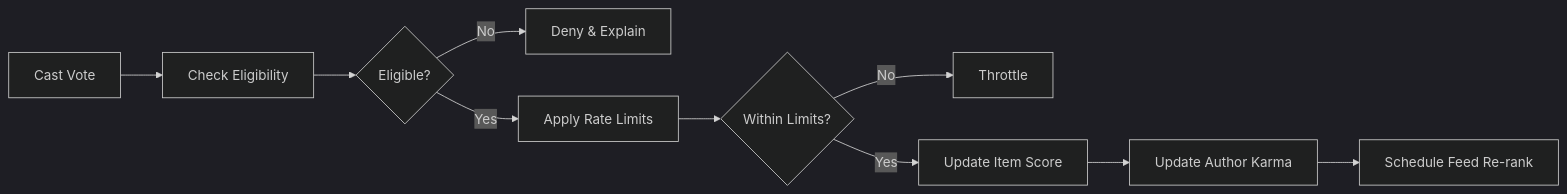
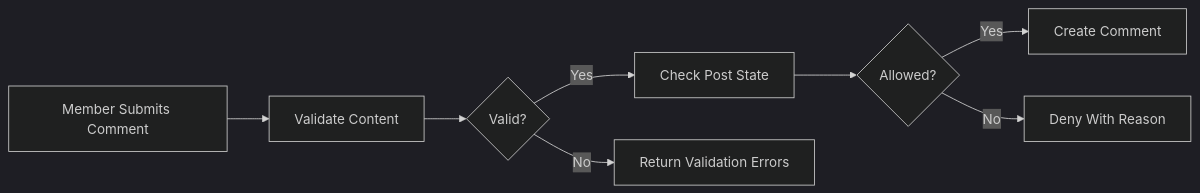
The fourth of 7 diagrams in openai/gpt-5/reddit/docs/analysis/02-communityPlatform-business-model.md (wrtnlabs/autobe-examples), drawn with Mermaid (dark theme) before and after one commit. The commit also changed other lines of this file and 16146 other files, not shown here.

````diff
--- a/openai/gpt-5/reddit/docs/analysis/02-communityPlatform-business-model.md
+++ b/openai/gpt-5/reddit/docs/analysis/02-communityPlatform-business-model.md
@@ -188,12 +116,10 @@
 ```mermaid
 graph LR
-  A["Cast Vote"] --> B["Check Eligibility"]
-  B --> C{"Eligible?"}
-  C -->|"No"| X["Deny & Explain"]
-  C -->|"Yes"| D["Apply Rate Limits"]
-  D --> E{"Within Limits?"}
-  E -->|"No"| Y["Throttle"]
-  E -->|"Yes"| F["Update Item Score"]
-  F --> G["Update Author Karma"]
-  G --> H["Schedule Feed Re-rank"]
+  A["Member Submits Comment"] --> B["Validate Content"]
+  B --> C{"Valid?"}
+  C -->|"Yes"| D["Check Post State"]
+  D --> E{"Allowed?"}
+  E -->|"Yes"| F["Create Comment"]
+  E -->|"No"| G["Deny With Reason"]
+  C -->|"No"| H["Return Validation Errors"]
 ```
````
